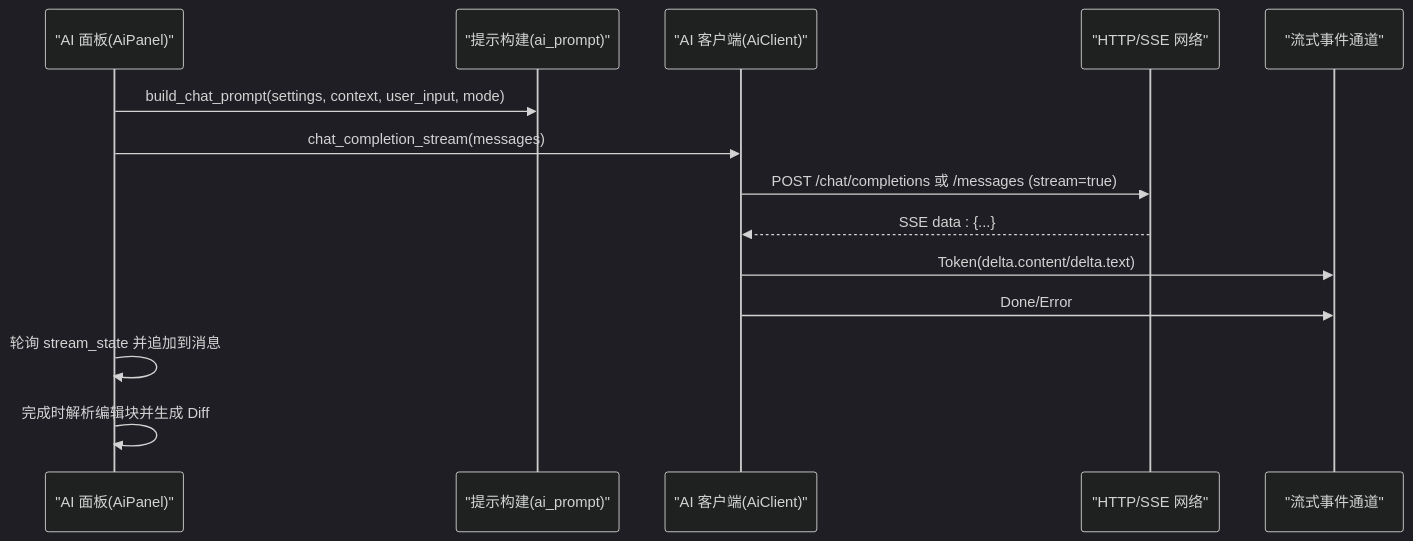
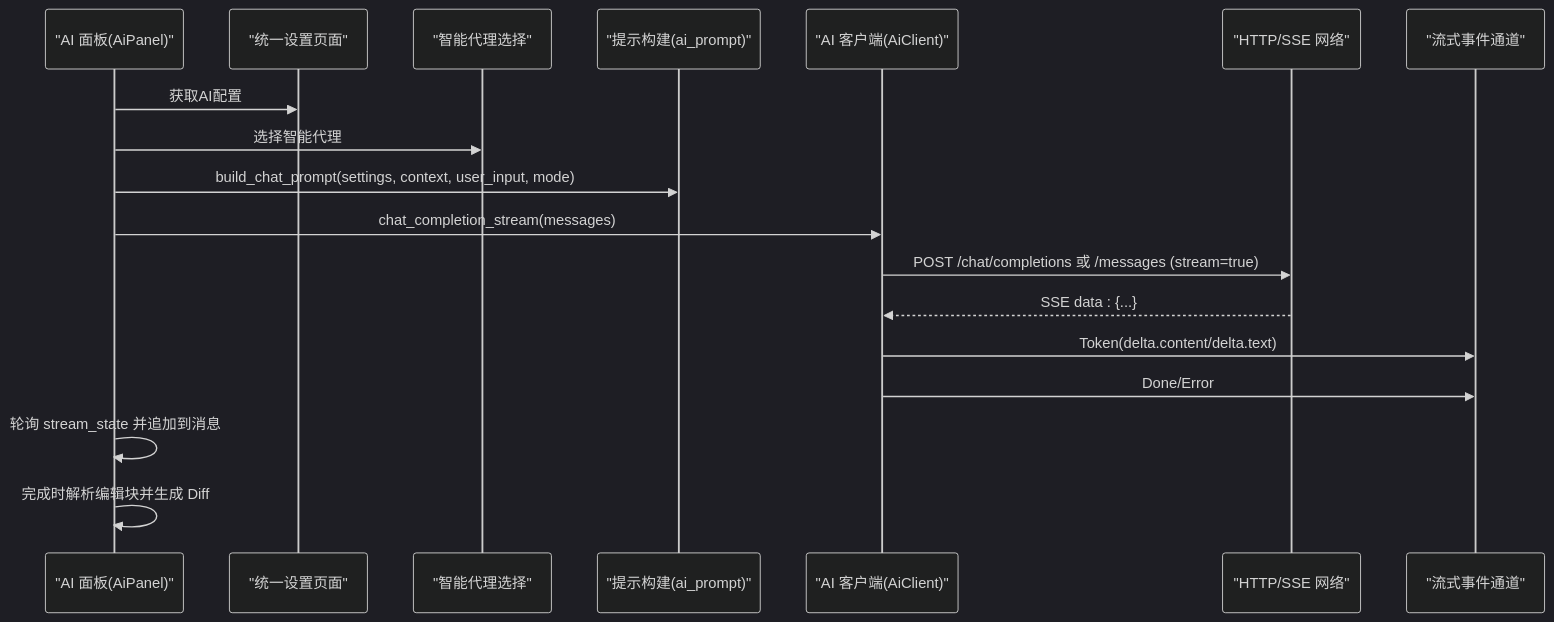
The second of 8 diagrams in .qoder/repowiki/zh/content/扩展系统/AI 助手集成.md (songdiyang/AetherStudio), drawn with Mermaid (dark theme) before and after one commit. The commit also changed other lines of this file and 25 other files, not shown here.

````diff
--- a/.qoder/repowiki/zh/content/扩展系统/AI 助手集成.md
+++ b/.qoder/repowiki/zh/content/扩展系统/AI 助手集成.md
@@ -94,16 +117,20 @@
 ```mermaid
 sequenceDiagram
 participant UI as "AI 面板(AiPanel)"
+participant Settings as "统一设置页面"
+participant Agent as "智能代理选择"
 participant Prompt as "提示构建(ai_prompt)"
 participant Client as "AI 客户端(AiClient)"
 participant Net as "HTTP/SSE 网络"
 participant Stream as "流式事件通道"
+UI->>Settings : 获取AI配置
+UI->>Agent : 选择智能代理
 UI->>Prompt : build_chat_prompt(settings, context, user_input, mode)
 UI->>Client : chat_completion_stream(messages)
 Client->>Net : POST /chat/completions 或 /messages (stream=true)
 Net-->>Client : SSE data : {...}
 Client->>Stream : Token(delta.content/delta.text)
 Client->>Stream : Done/Error
 UI->>UI : 轮询 stream_state 并追加到消息
 UI->>UI : 完成时解析编辑块并生成 Diff
 ```
````
